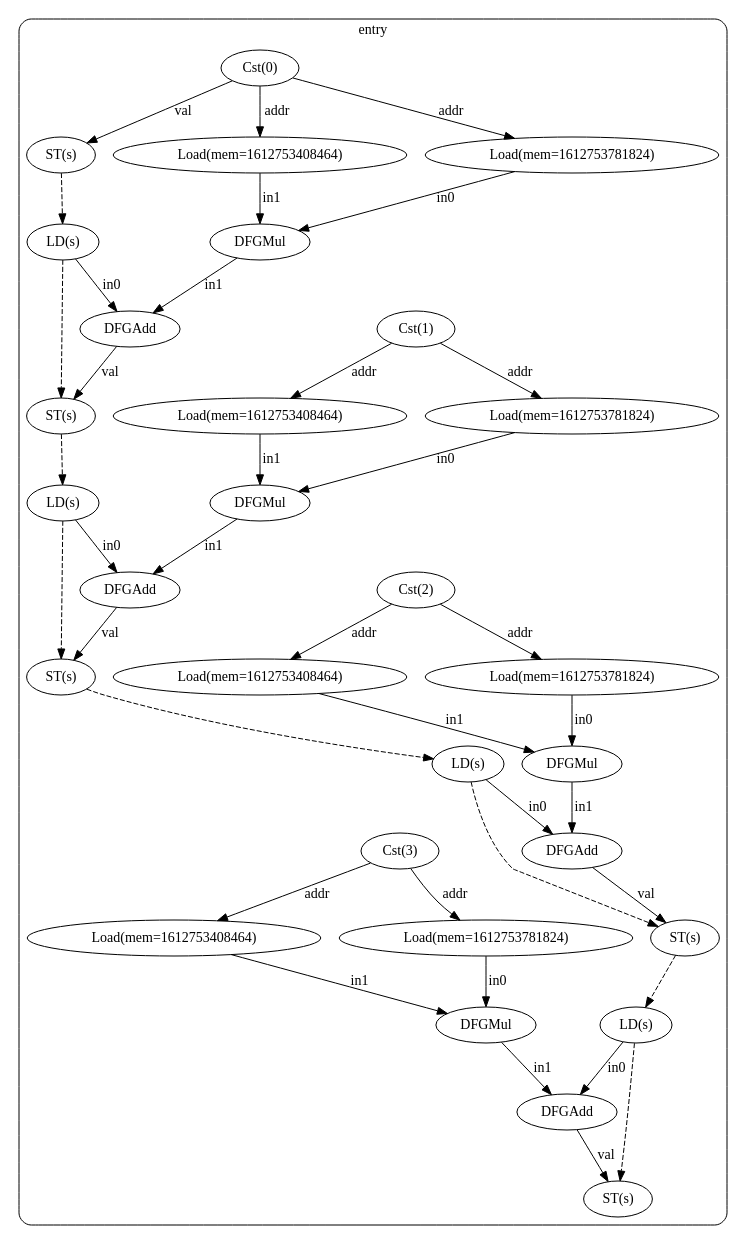
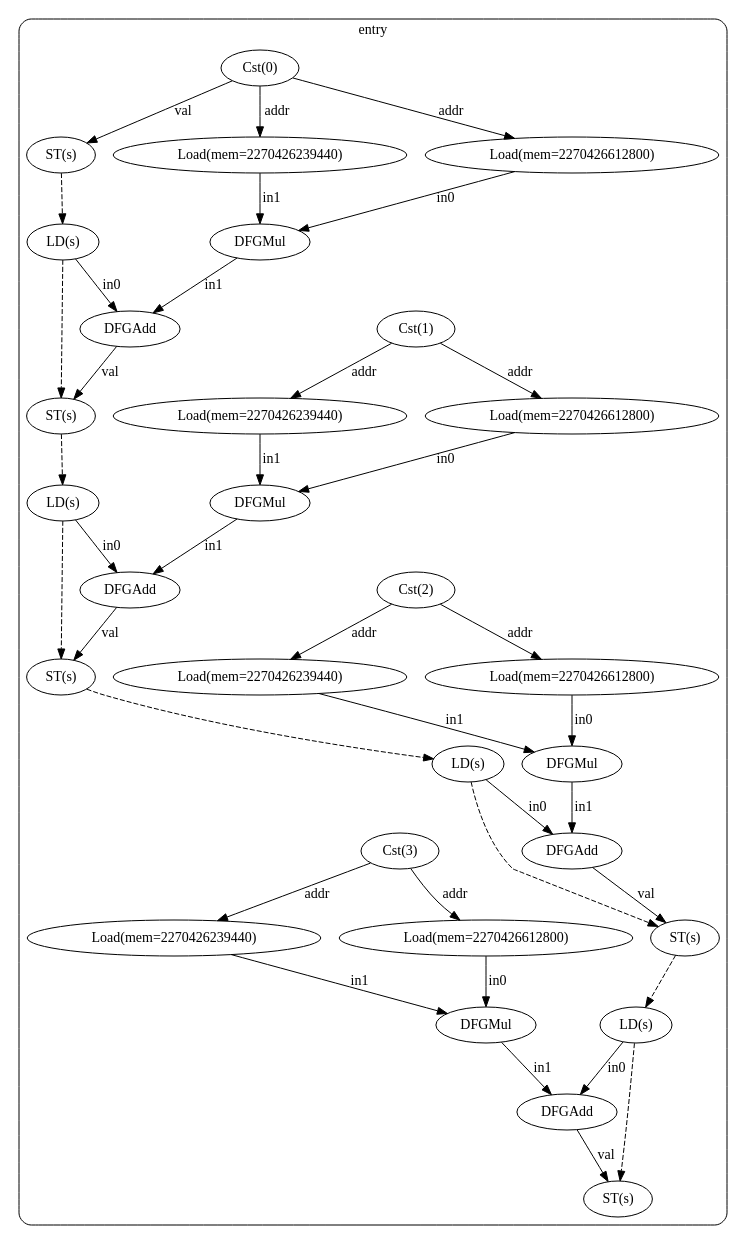
Before and after one commit to ma-carrillo/High-level-synthesis-assignment: the diagram in test13/cfg_with_dfg.dot, drawn with Graphviz. The commit also changed 16 other files, not shown here.

```diff
--- a/test13/cfg_with_dfg.dot
+++ b/test13/cfg_with_dfg.dot
@@ -1,73 +1,73 @@
 digraph "cfg" {
   compound=true;
   subgraph "cluster_bb0" {
     label="entry";
     style=rounded;
     bb0_n0 [label="Cst(0)"];
     bb0_n1 [label="ST(s)"];
     bb0_n2 [label="LD(s)"];
-    bb0_n3 [label="Load(mem=1612753781824)"];
-    bb0_n4 [label="Load(mem=1612753408464)"];
+    bb0_n3 [label="Load(mem=2270426612800)"];
+    bb0_n4 [label="Load(mem=2270426239440)"];
     bb0_n5 [label="DFGMul"];
     bb0_n6 [label="DFGAdd"];
     bb0_n7 [label="ST(s)"];
     bb0_n8 [label="LD(s)"];
     bb0_n9 [label="Cst(1)"];
-    bb0_n10 [label="Load(mem=1612753781824)"];
-    bb0_n11 [label="Load(mem=1612753408464)"];
+    bb0_n10 [label="Load(mem=2270426612800)"];
+    bb0_n11 [label="Load(mem=2270426239440)"];
     bb0_n12 [label="DFGMul"];
     bb0_n13 [label="DFGAdd"];
     bb0_n14 [label="ST(s)"];
     bb0_n15 [label="LD(s)"];
     bb0_n16 [label="Cst(2)"];
-    bb0_n17 [label="Load(mem=1612753781824)"];
-    bb0_n18 [label="Load(mem=1612753408464)"];
+    bb0_n17 [label="Load(mem=2270426612800)"];
+    bb0_n18 [label="Load(mem=2270426239440)"];
     bb0_n19 [label="DFGMul"];
     bb0_n20 [label="DFGAdd"];
     bb0_n21 [label="ST(s)"];
     bb0_n22 [label="LD(s)"];
     bb0_n23 [label="Cst(3)"];
-    bb0_n24 [label="Load(mem=1612753781824)"];
-    bb0_n25 [label="Load(mem=1612753408464)"];
+    bb0_n24 [label="Load(mem=2270426612800)"];
+    bb0_n25 [label="Load(mem=2270426239440)"];
     bb0_n26 [label="DFGMul"];
     bb0_n27 [label="DFGAdd"];
     bb0_n28 [label="ST(s)"];
     bb0_n0 -> bb0_n1 [label="val"];
     bb0_n0 -> bb0_n3 [label="addr"];
     bb0_n0 -> bb0_n4 [label="addr"];
     bb0_n1 -> bb0_n2 [style="dashed"];
     bb0_n2 -> bb0_n6 [label="in0"];
     bb0_n2 -> bb0_n7 [style="dashed"];
     bb0_n3 -> bb0_n5 [label="in0"];
     bb0_n4 -> bb0_n5 [label="in1"];
     bb0_n5 -> bb0_n6 [label="in1"];
     bb0_n6 -> bb0_n7 [label="val"];
     bb0_n7 -> bb0_n8 [style="dashed"];
     bb0_n8 -> bb0_n13 [label="in0"];
     bb0_n8 -> bb0_n14 [style="dashed"];
     bb0_n9 -> bb0_n10 [label="addr"];
     bb0_n9 -> bb0_n11 [label="addr"];
     bb0_n10 -> bb0_n12 [label="in0"];
     bb0_n11 -> bb0_n12 [label="in1"];
     bb0_n12 -> bb0_n13 [label="in1"];
     bb0_n13 -> bb0_n14 [label="val"];
     bb0_n14 -> bb0_n15 [style="dashed"];
     bb0_n15 -> bb0_n20 [label="in0"];
     bb0_n15 -> bb0_n21 [style="dashed"];
     bb0_n16 -> bb0_n17 [label="addr"];
     bb0_n16 -> bb0_n18 [label="addr"];
     bb0_n17 -> bb0_n19 [label="in0"];
     bb0_n18 -> bb0_n19 [label="in1"];
     bb0_n19 -> bb0_n20 [label="in1"];
     bb0_n20 -> bb0_n21 [label="val"];
     bb0_n21 -> bb0_n22 [style="dashed"];
     bb0_n22 -> bb0_n27 [label="in0"];
     bb0_n22 -> bb0_n28 [style="dashed"];
     bb0_n23 -> bb0_n24 [label="addr"];
     bb0_n23 -> bb0_n25 [label="addr"];
     bb0_n24 -> bb0_n26 [label="in0"];
     bb0_n25 -> bb0_n26 [label="in1"];
     bb0_n26 -> bb0_n27 [label="in1"];
     bb0_n27 -> bb0_n28 [label="val"];
   }
 }
```
